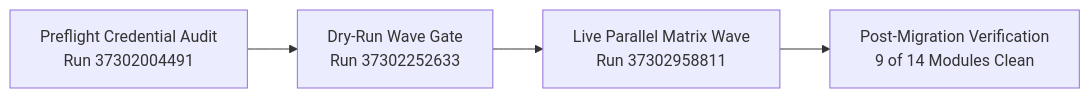
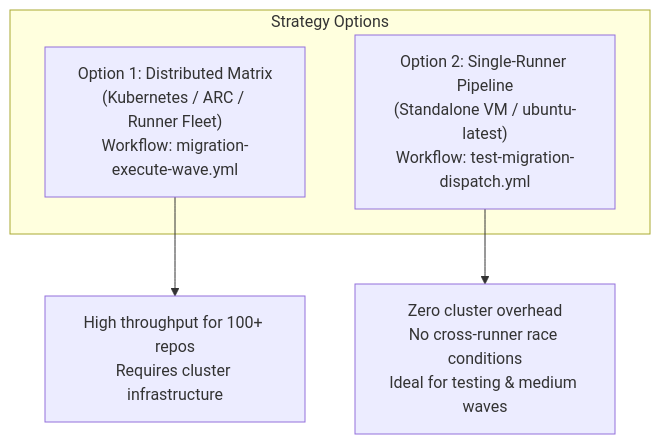
One commit to cloudgxp/ghec-consultant-suite changed the diagram in docs/reports/demogxp-migration-final-report.md. Above: the diagram before and after it, drawn with Mermaid. The commit also changed other lines of this file, not shown here.

Commit message:
docs(reports): update final migration report with single-runner strategy comparison

````diff
--- a/docs/reports/demogxp-migration-final-report.md
+++ b/docs/reports/demogxp-migration-final-report.md
@@ -16,6 +21,9 @@
 ```mermaid
-flowchart LR
-    A["Preflight Credential Audit<br/>Run 37302004491"] --> B["Dry-Run Wave Gate<br/>Run 37302252633"]
-    B --> C["Live Parallel Matrix Wave<br/>Run 37302958811"]
-    C --> D["Post-Migration Verification<br/>9 of 14 Modules Clean"]
+flowchart TD
+    subgraph "Strategy Options"
+        M1["Option 1: Distributed Matrix<br/>(Kubernetes / ARC / Runner Fleet)<br/>Workflow: migration-execute-wave.yml"]
+        M2["Option 2: Single-Runner Pipeline<br/>(Standalone VM / ubuntu-latest)<br/>Workflow: test-migration-dispatch.yml"]
+    end
+    M1 --> Res1["High throughput for 100+ repos<br/>Requires cluster infrastructure"]
+    M2 --> Res2["Zero cluster overhead<br/>No cross-runner race conditions<br/>Ideal for testing & medium waves"]
 ```
````
